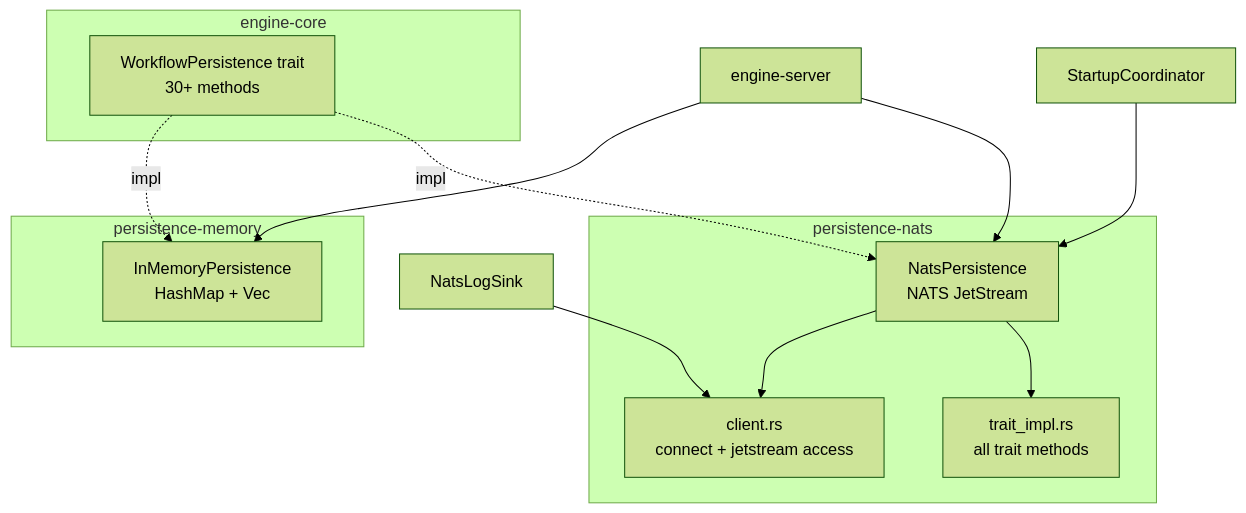
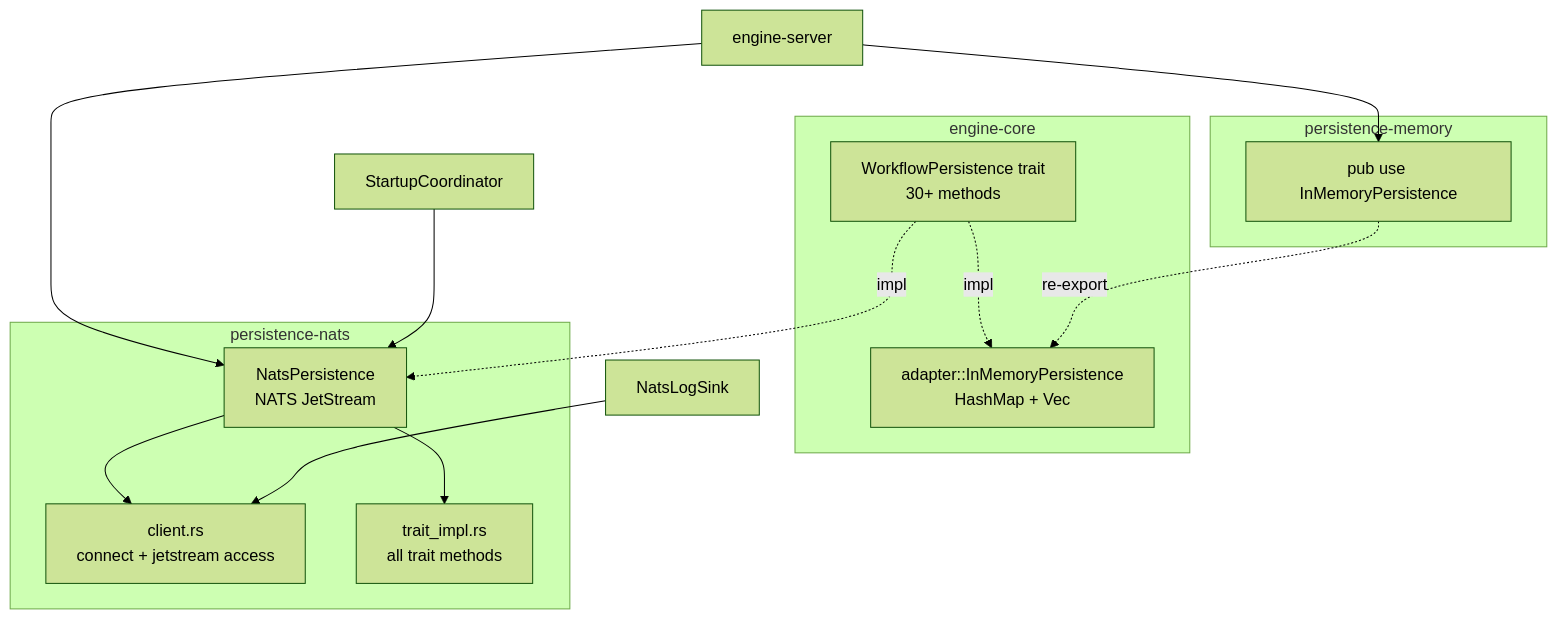
Before and after one commit to maatini/bpmninja: the diagram in docs/knowledge-base/modules/persistence/dependencies.md, drawn with Mermaid (forest theme). The commit also changed other lines of this file and 39 other files, not shown here.

````diff
--- a/docs/knowledge-base/modules/persistence/dependencies.md
+++ b/docs/knowledge-base/modules/persistence/dependencies.md
@@ -25,26 +25,28 @@
 ```mermaid
 graph TD
     subgraph "engine-core"
         WP["WorkflowPersistence trait<br>30+ methods"]
+        ADAPTER["adapter::InMemoryPersistence<br>HashMap + Vec"]
     end
     
     subgraph "persistence-nats"
         NATS["NatsPersistence<br>NATS JetStream"]
         NATS_CLIENT["client.rs<br>connect + jetstream access"]
         NATS_IMPL["trait_impl.rs<br>all trait methods"]
     end
     
     subgraph "persistence-memory"
-        MEM["InMemoryPersistence<br>HashMap + Vec"]
+        MEM["pub use InMemoryPersistence"]
     end
     
     WP -. "impl" .-> NATS
-    WP -. "impl" .-> MEM
+    WP -. "impl" .-> ADAPTER
+    MEM -. "re-export" .-> ADAPTER
     NATS --> NATS_IMPL
     NATS --> NATS_CLIENT
     
     ES["engine-server"] --> NATS
     ES --> MEM
     SC["StartupCoordinator"] --> NATS
     LN["NatsLogSink"] --> NATS_CLIENT
 ```
````
